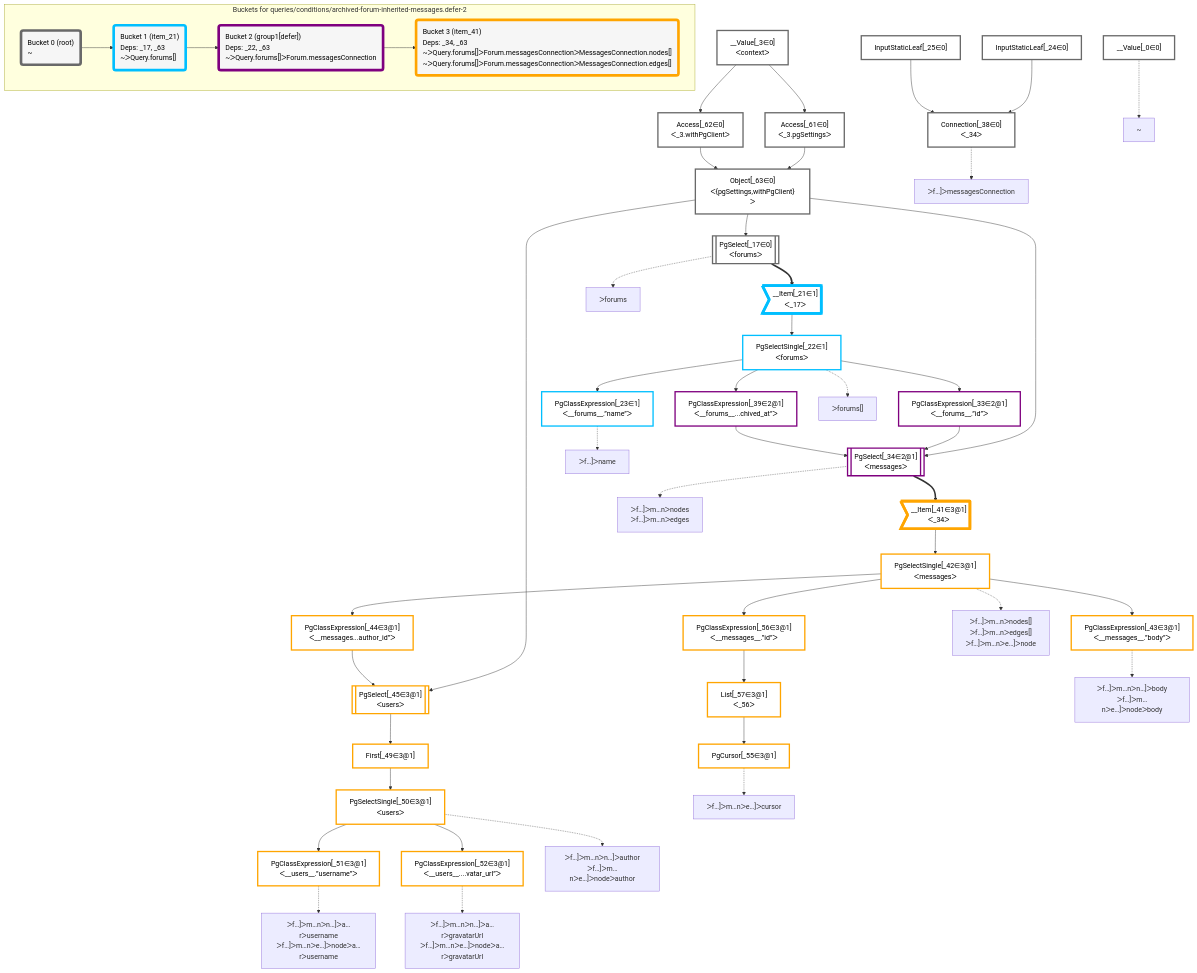
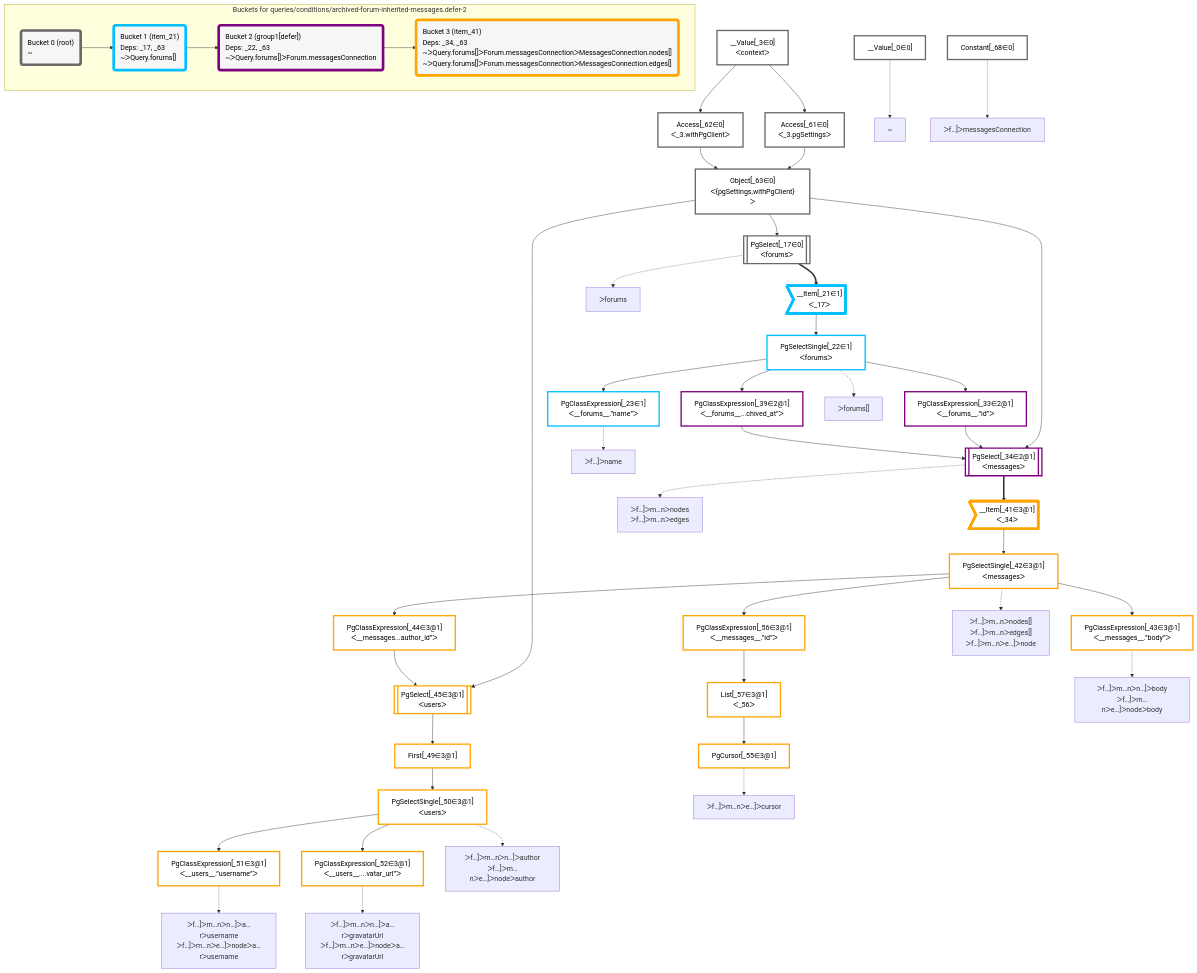
The diagram in packages/dataplan-pg/__tests__/queries/conditions/archived-forum-inherited-messages.defer-2.deopt.mermaid.md (graphile/crystal), drawn with Mermaid before and after one commit. The commit also changed 57 other files, not shown here.

```diff
--- a/packages/dataplan-pg/__tests__/queries/conditions/archived-forum-inherited-messages.defer-2.deopt.mermaid.md
+++ b/packages/dataplan-pg/__tests__/queries/conditions/archived-forum-inherited-messages.defer-2.deopt.mermaid.md
@@ -32,9 +32,7 @@
     Access_61["Access[_61∈0]<br />ᐸ_3.pgSettingsᐳ"]:::plan
     Access_62["Access[_62∈0]<br />ᐸ_3.withPgClientᐳ"]:::plan
     __Value_3["__Value[_3∈0]<br />ᐸcontextᐳ"]:::plan
-    Connection_38["Connection[_38∈0]<br />ᐸ_34ᐳ"]:::plan
-    InputStaticLeaf_24["InputStaticLeaf[_24∈0]"]:::plan
-    InputStaticLeaf_25["InputStaticLeaf[_25∈0]"]:::plan
+    Constant_68["Constant[_68∈0]"]:::plan
 
     %% plan dependencies
     PgSelectSingle_22 --> PgClassExpression_23
@@ -59,7 +57,6 @@
     Access_61 & Access_62 --> Object_63
     __Value_3 --> Access_61
     __Value_3 --> Access_62
-    InputStaticLeaf_24 & InputStaticLeaf_25 --> Connection_38
 
     %% plan-to-path relationships
     P_0["~"]
@@ -72,8 +69,6 @@
     PgClassExpression_23 -.-> P_23
     P_34["ᐳf…]ᐳm…nᐳnodes<br />ᐳf…]ᐳm…nᐳedges"]
     PgSelect_34 -.-> P_34
-    P_38["ᐳf…]ᐳmessagesConnection"]
-    Connection_38 -.-> P_38
     P_42["ᐳf…]ᐳm…nᐳnodes[]<br />ᐳf…]ᐳm…nᐳedges[]<br />ᐳf…]ᐳm…nᐳe…]ᐳnode"]
     PgSelectSingle_42 -.-> P_42
     P_43["ᐳf…]ᐳm…nᐳn…]ᐳbody<br />ᐳf…]ᐳm…nᐳe…]ᐳnodeᐳbody"]
@@ -86,11 +81,13 @@
     PgClassExpression_52 -.-> P_52
     P_55["ᐳf…]ᐳm…nᐳe…]ᐳcursor"]
     PgCursor_55 -.-> P_55
+    P_68["ᐳf…]ᐳmessagesConnection"]
+    Constant_68 -.-> P_68
 
     subgraph "Buckets for queries/conditions/archived-forum-inherited-messages.defer-2"
     Bucket0("Bucket 0 (root)<br />~"):::bucket
     classDef bucket0 stroke:#696969
-    class Bucket0,__Value_0,__Value_3,PgSelect_17,InputStaticLeaf_24,InputStaticLeaf_25,Connection_38,Access_61,Access_62,Object_63 bucket0
+    class Bucket0,__Value_0,__Value_3,PgSelect_17,Access_61,Access_62,Object_63,Constant_68 bucket0
     Bucket1("Bucket 1 (item_21)<br />Deps: _17, _63<br />~ᐳQuery.forums[]"):::bucket
     classDef bucket1 stroke:#00bfff
     class Bucket1,__Item_21,PgSelectSingle_22,PgClassExpression_23 bucket1
```
